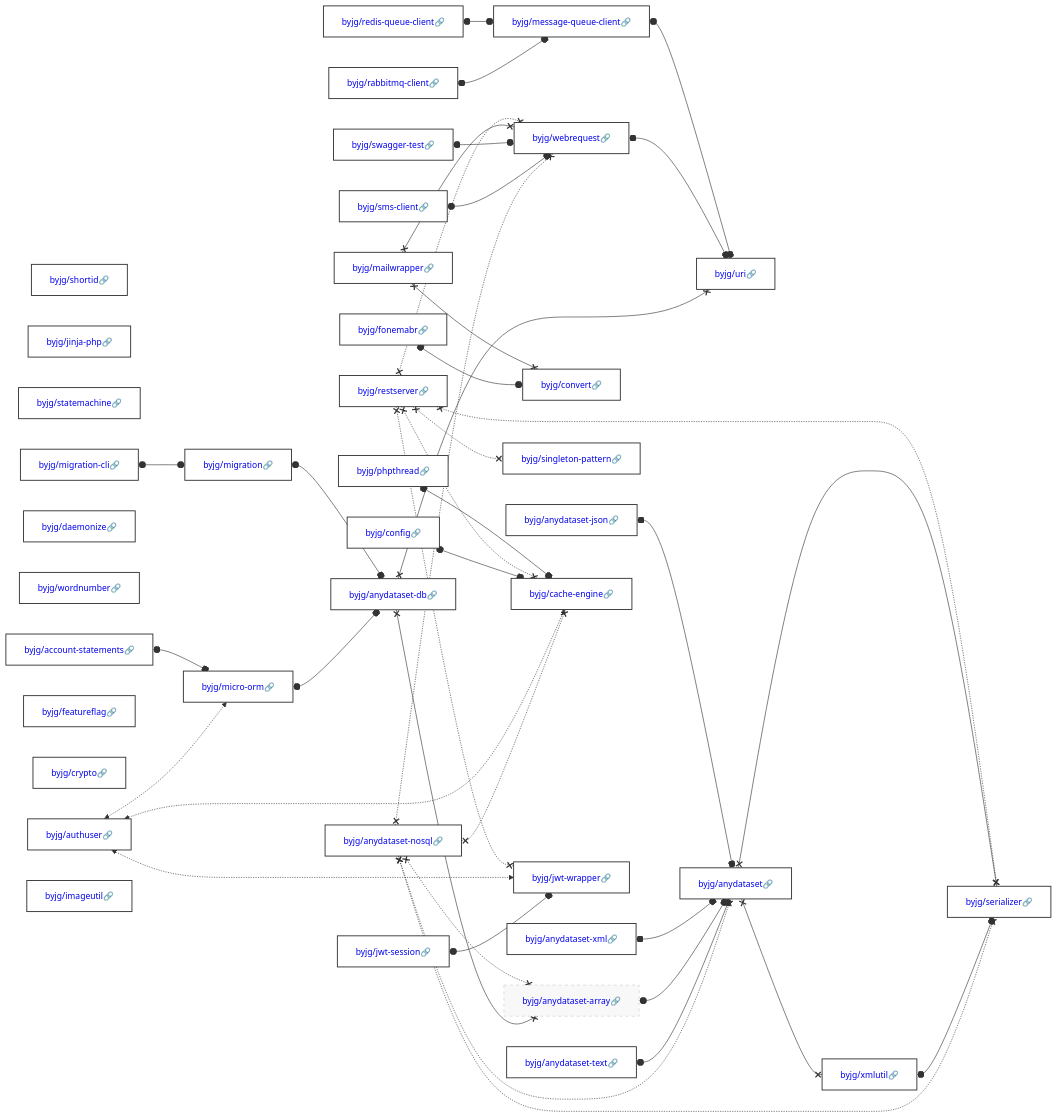
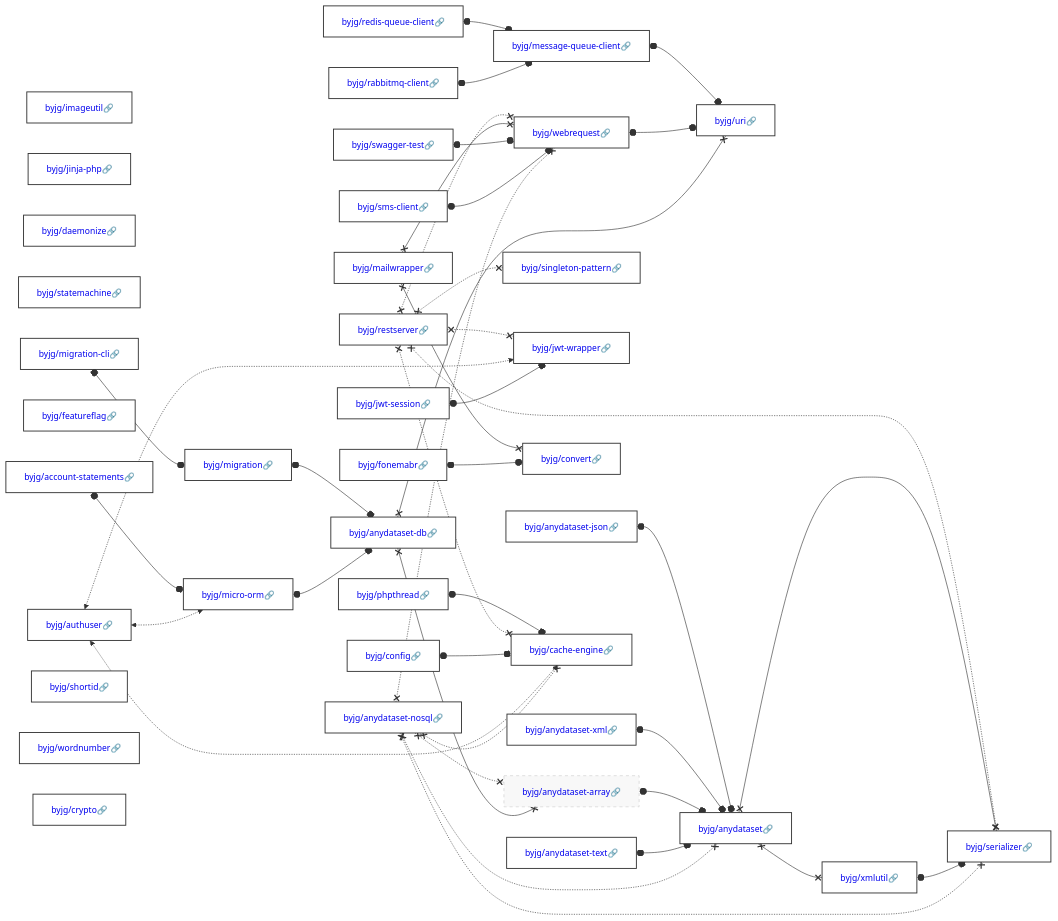
The diagram in docs/php/README.md (byjg/byjg.github.io), drawn with Mermaid before and after one commit. The commit also changed other lines of this file, not shown here.

Commit message:
Update documentation 'php' 'php-migration'

````diff
--- a/docs/php/README.md
+++ b/docs/php/README.md
@@ -3,38 +3,38 @@
 ```mermaid
 graph LR;
-  byjg/shortid[<a href='https://opensource.byjg.com/docs/php/shortid' style='text-decoration:none'>byjg/shortid🔗</a>];
-  byjg/swagger-test[<a href='https://opensource.byjg.com/docs/php/swagger-test' style='text-decoration:none'>byjg/swagger-test🔗</a>];
-  byjg/fonemabr[<a href='https://opensource.byjg.com/docs/php/fonemabr' style='text-decoration:none'>byjg/fonemabr🔗</a>];
-  byjg/config[<a href='https://opensource.byjg.com/docs/php/config' style='text-decoration:none'>byjg/config🔗</a>];
+  byjg/imageutil[<a href='https://opensource.byjg.com/docs/php/imageutil' style='text-decoration:none'>byjg/imageutil🔗</a>];
+  byjg/jinja-php[<a href='https://opensource.byjg.com/docs/php/jinja-php' style='text-decoration:none'>byjg/jinja-php🔗</a>];
+  byjg/daemonize[<a href='https://opensource.byjg.com/docs/php/daemonize' style='text-decoration:none'>byjg/daemonize🔗</a>];
+  byjg/statemachine[<a href='https://opensource.byjg.com/docs/php/statemachine' style='text-decoration:none'>byjg/statemachine🔗</a>];
+  byjg/authuser[<a href='https://opensource.byjg.com/docs/php/authuser' style='text-decoration:none'>byjg/authuser🔗</a>];
+  byjg/sms-client[<a href='https://opensource.byjg.com/docs/php/sms-client' style='text-decoration:none'>byjg/sms-client🔗</a>];
+  byjg/restserver[<a href='https://opensource.byjg.com/docs/php/restserver' style='text-decoration:none'>byjg/restserver🔗</a>];
   byjg/anydataset-xml[<a href='https://opensource.byjg.com/docs/php/anydataset-xml' style='text-decoration:none'>byjg/anydataset-xml🔗</a>];
-  byjg/jinja-php[<a href='https://opensource.byjg.com/docs/php/jinja-php' style='text-decoration:none'>byjg/jinja-php🔗</a>];
-  byjg/statemachine[<a href='https://opensource.byjg.com/docs/php/statemachine' style='text-decoration:none'>byjg/statemachine🔗</a>];
-  byjg/mailwrapper[<a href='https://opensource.byjg.com/docs/php/mailwrapper' style='text-decoration:none'>byjg/mailwrapper🔗</a>];
-  byjg/anydataset-text[<a href='https://opensource.byjg.com/docs/php/anydataset-text' style='text-decoration:none'>byjg/anydataset-text🔗</a>];
-  byjg/account-statements[<a href='https://opensource.byjg.com/docs/php/account-statements' style='text-decoration:none'>byjg/account-statements🔗</a>];
-  byjg/redis-queue-client[<a href='https://opensource.byjg.com/docs/php/redis-queue-client' style='text-decoration:none'>byjg/redis-queue-client🔗</a>];
-  byjg/daemonize[<a href='https://opensource.byjg.com/docs/php/daemonize' style='text-decoration:none'>byjg/daemonize🔗</a>];
-  byjg/wordnumber[<a href='https://opensource.byjg.com/docs/php/wordnumber' style='text-decoration:none'>byjg/wordnumber🔗</a>];
+  byjg/featureflag[<a href='https://opensource.byjg.com/docs/php/featureflag' style='text-decoration:none'>byjg/featureflag🔗</a>];
   byjg/jwt-session[<a href='https://opensource.byjg.com/docs/php/jwt-session' style='text-decoration:none'>byjg/jwt-session🔗</a>];
   byjg/migration-cli[<a href='https://opensource.byjg.com/docs/php/migration-cli' style='text-decoration:none'>byjg/migration-cli🔗</a>];
-  byjg/sms-client[<a href='https://opensource.byjg.com/docs/php/sms-client' style='text-decoration:none'>byjg/sms-client🔗</a>];
+  byjg/rabbitmq-client[<a href='https://opensource.byjg.com/docs/php/rabbitmq-client' style='text-decoration:none'>byjg/rabbitmq-client🔗</a>];
+  byjg/anydataset-text[<a href='https://opensource.byjg.com/docs/php/anydataset-text' style='text-decoration:none'>byjg/anydataset-text🔗</a>];
+  byjg/config[<a href='https://opensource.byjg.com/docs/php/config' style='text-decoration:none'>byjg/config🔗</a>];
+  byjg/swagger-test[<a href='https://opensource.byjg.com/docs/php/swagger-test' style='text-decoration:none'>byjg/swagger-test🔗</a>];
+  byjg/phpthread[<a href='https://opensource.byjg.com/docs/php/phpthread' style='text-decoration:none'>byjg/phpthread🔗</a>];
+  byjg/anydataset-json[<a href='https://opensource.byjg.com/docs/php/anydataset-json' style='text-decoration:none'>byjg/anydataset-json🔗</a>];
+  byjg/fonemabr[<a href='https://opensource.byjg.com/docs/php/fonemabr' style='text-decoration:none'>byjg/fonemabr🔗</a>];
+  byjg/redis-queue-client[<a href='https://opensource.byjg.com/docs/php/redis-queue-client' style='text-decoration:none'>byjg/redis-queue-client🔗</a>];
+  byjg/account-statements[<a href='https://opensource.byjg.com/docs/php/account-statements' style='text-decoration:none'>byjg/account-statements🔗</a>];
+  byjg/shortid[<a href='https://opensource.byjg.com/docs/php/shortid' style='text-decoration:none'>byjg/shortid🔗</a>];
+  byjg/wordnumber[<a href='https://opensource.byjg.com/docs/php/wordnumber' style='text-decoration:none'>byjg/wordnumber🔗</a>];
+  byjg/mailwrapper[<a href='https://opensource.byjg.com/docs/php/mailwrapper' style='text-decoration:none'>byjg/mailwrapper🔗</a>];
+  byjg/crypto[<a href='https://opensource.byjg.com/docs/php/crypto' style='text-decoration:none'>byjg/crypto🔗</a>];
   byjg/anydataset-nosql[<a href='https://opensource.byjg.com/docs/php/anydataset-nosql' style='text-decoration:none'>byjg/anydataset-nosql🔗</a>];
-  byjg/rabbitmq-client[<a href='https://opensource.byjg.com/docs/php/rabbitmq-client' style='text-decoration:none'>byjg/rabbitmq-client🔗</a>];
-  byjg/phpthread[<a href='https://opensource.byjg.com/docs/php/phpthread' style='text-decoration:none'>byjg/phpthread🔗</a>];
-  byjg/featureflag[<a href='https://opensource.byjg.com/docs/php/featureflag' style='text-decoration:none'>byjg/featureflag🔗</a>];
-  byjg/crypto[<a href='https://opensource.byjg.com/docs/php/crypto' style='text-decoration:none'>byjg/crypto🔗</a>];
-  byjg/restserver[<a href='https://opensource.byjg.com/docs/php/restserver' style='text-decoration:none'>byjg/restserver🔗</a>];
-  byjg/authuser[<a href='https://opensource.byjg.com/docs/php/authuser' style='text-decoration:none'>byjg/authuser🔗</a>];
-  byjg/anydataset-json[<a href='https://opensource.byjg.com/docs/php/anydataset-json' style='text-decoration:none'>byjg/anydataset-json🔗</a>];
-  byjg/imageutil[<a href='https://opensource.byjg.com/docs/php/imageutil' style='text-decoration:none'>byjg/imageutil🔗</a>];
-  byjg/convert[<a href='https://opensource.byjg.com/docs/php/convert' style='text-decoration:none'>byjg/convert🔗</a>];
+  byjg/singleton-pattern[<a href='https://opensource.byjg.com/docs/php/singleton-pattern' style='text-decoration:none'>byjg/singleton-pattern🔗</a>];
+  byjg/jwt-wrapper[<a href='https://opensource.byjg.com/docs/php/jwt-wrapper' style='text-decoration:none'>byjg/jwt-wrapper🔗</a>];
   byjg/migration[<a href='https://opensource.byjg.com/docs/php/migration' style='text-decoration:none'>byjg/migration🔗</a>];
   byjg/message-queue-client[<a href='https://opensource.byjg.com/docs/php/message-queue-client' style='text-decoration:none'>byjg/message-queue-client🔗</a>];
-  byjg/singleton-pattern[<a href='https://opensource.byjg.com/docs/php/singleton-pattern' style='text-decoration:none'>byjg/singleton-pattern🔗</a>];
+  byjg/micro-orm[<a href='https://opensource.byjg.com/docs/php/micro-orm' style='text-decoration:none'>byjg/micro-orm🔗</a>];
+  byjg/convert[<a href='https://opensource.byjg.com/docs/php/convert' style='text-decoration:none'>byjg/convert🔗</a>];
   byjg/webrequest[<a href='https://opensource.byjg.com/docs/php/webrequest' style='text-decoration:none'>byjg/webrequest🔗</a>];
-  byjg/micro-orm[<a href='https://opensource.byjg.com/docs/php/micro-orm' style='text-decoration:none'>byjg/micro-orm🔗</a>];
   byjg/cache-engine[<a href='https://opensource.byjg.com/docs/php/cache-engine' style='text-decoration:none'>byjg/cache-engine🔗</a>];
-  byjg/jwt-wrapper[<a href='https://opensource.byjg.com/docs/php/jwt-wrapper' style='text-decoration:none'>byjg/jwt-wrapper🔗</a>];
   byjg/anydataset-db[<a href='https://opensource.byjg.com/docs/php/anydataset-db' style='text-decoration:none'>byjg/anydataset-db🔗</a>];
   byjg/anydataset-array[<a href='https://opensource.byjg.com/docs/php/anydataset-array' style='text-decoration:none'>byjg/anydataset-array🔗</a>];
   byjg/uri[<a href='https://opensource.byjg.com/docs/php/uri' style='text-decoration:none'>byjg/uri🔗</a>];
````
